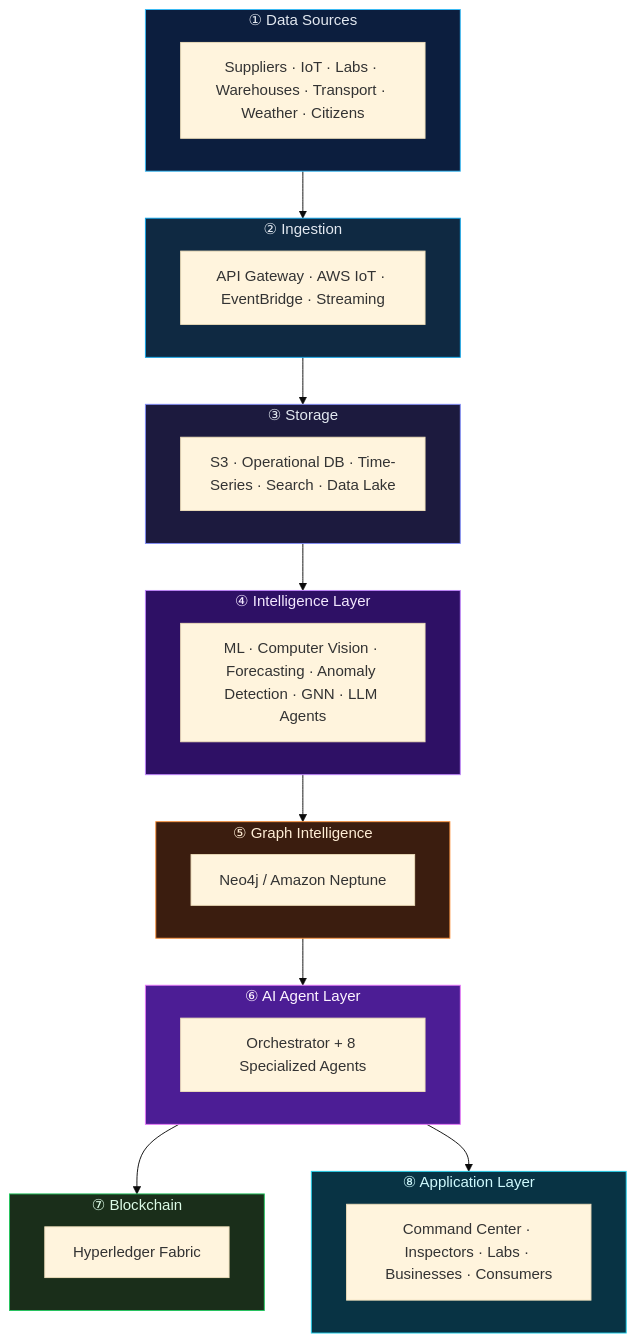
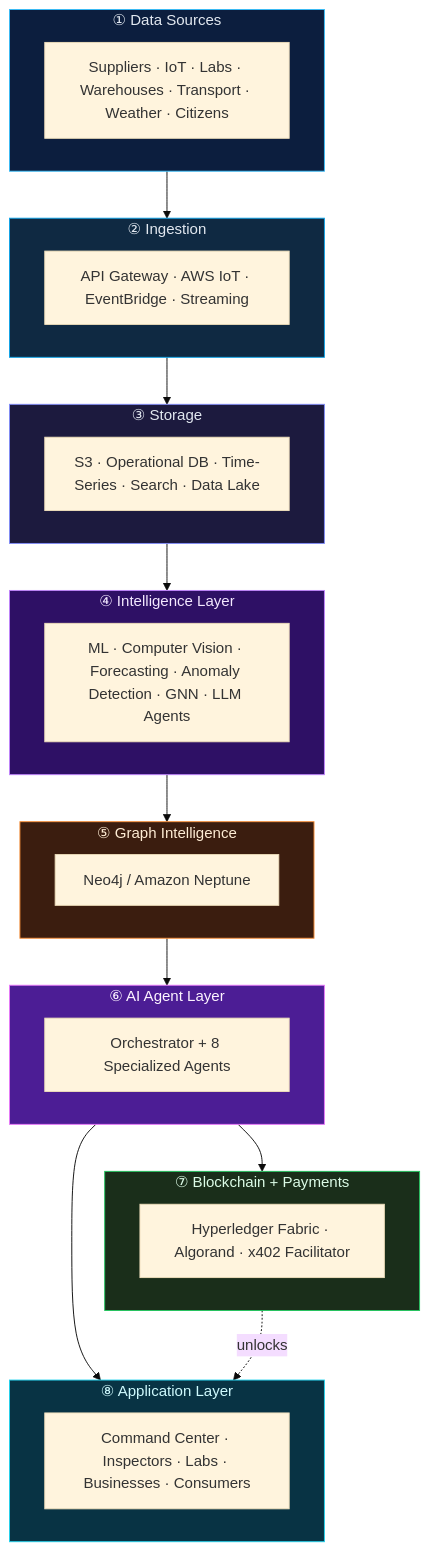
Before and after one commit to codeejb/Foodguard: the fifth of 16 diagrams in README.md, drawn with Mermaid (base theme). The commit also changed other lines of this file, not shown here.

First line of the commit message:
Enhance README with payment and Algorand details

````diff
--- a/README.md
+++ b/README.md
@@ -151,41 +158,42 @@
 ```mermaid
 flowchart TB
     subgraph L1["① Data Sources"]
         A1["Suppliers · IoT · Labs · Warehouses · Transport · Weather · Citizens"]
     end
     subgraph L2["② Ingestion"]
         B1["API Gateway · AWS IoT · EventBridge · Streaming"]
     end
     subgraph L3["③ Storage"]
         C1["S3 · Operational DB · Time-Series · Search · Data Lake"]
     end
     subgraph L4["④ Intelligence Layer"]
         D1["ML · Computer Vision · Forecasting · Anomaly Detection · GNN · LLM Agents"]
     end
     subgraph L5["⑤ Graph Intelligence"]
         E1["Neo4j / Amazon Neptune"]
     end
     subgraph L6["⑥ AI Agent Layer"]
         F1["Orchestrator + 8 Specialized Agents"]
     end
-    subgraph L7["⑦ Blockchain"]
-        G1["Hyperledger Fabric"]
+    subgraph L7["⑦ Blockchain + Payments"]
+        G1["Hyperledger Fabric · Algorand · x402 Facilitator"]
     end
     subgraph L8["⑧ Application Layer"]
         H1["Command Center · Inspectors · Labs · Businesses · Consumers"]
     end
 
     L1 --> L2 --> L3 --> L4
     L4 --> L5 --> L6
     L6 --> L7
     L6 --> L8
+    L7 -.unlocks.-> L8
 
     style L1 fill:#0c1e3e,stroke:#38bdf8,color:#e2e8f0
     style L2 fill:#0f2942,stroke:#0ea5e9,color:#e2e8f0
     style L3 fill:#1c1a3e,stroke:#818cf8,color:#e2e8f0
     style L4 fill:#2e1065,stroke:#c084fc,color:#f3e8ff
     style L5 fill:#3b1d0f,stroke:#fb923c,color:#ffedd5
     style L6 fill:#4c1d95,stroke:#e879f9,color:#fdf4ff
     style L7 fill:#1a2e1a,stroke:#22c55e,color:#dcfce7
     style L8 fill:#083344,stroke:#22d3ee,color:#cffafe
 ```
````
